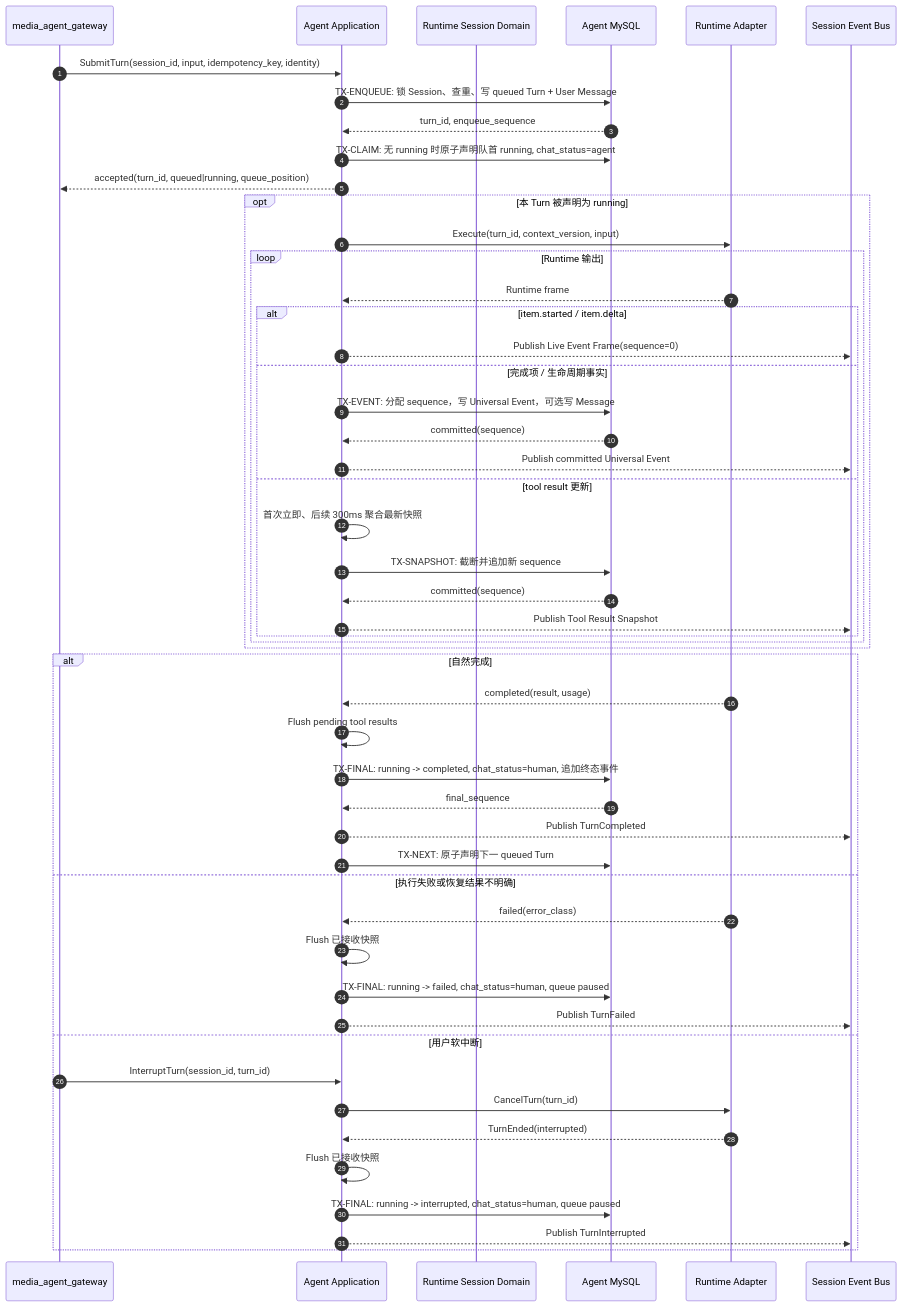
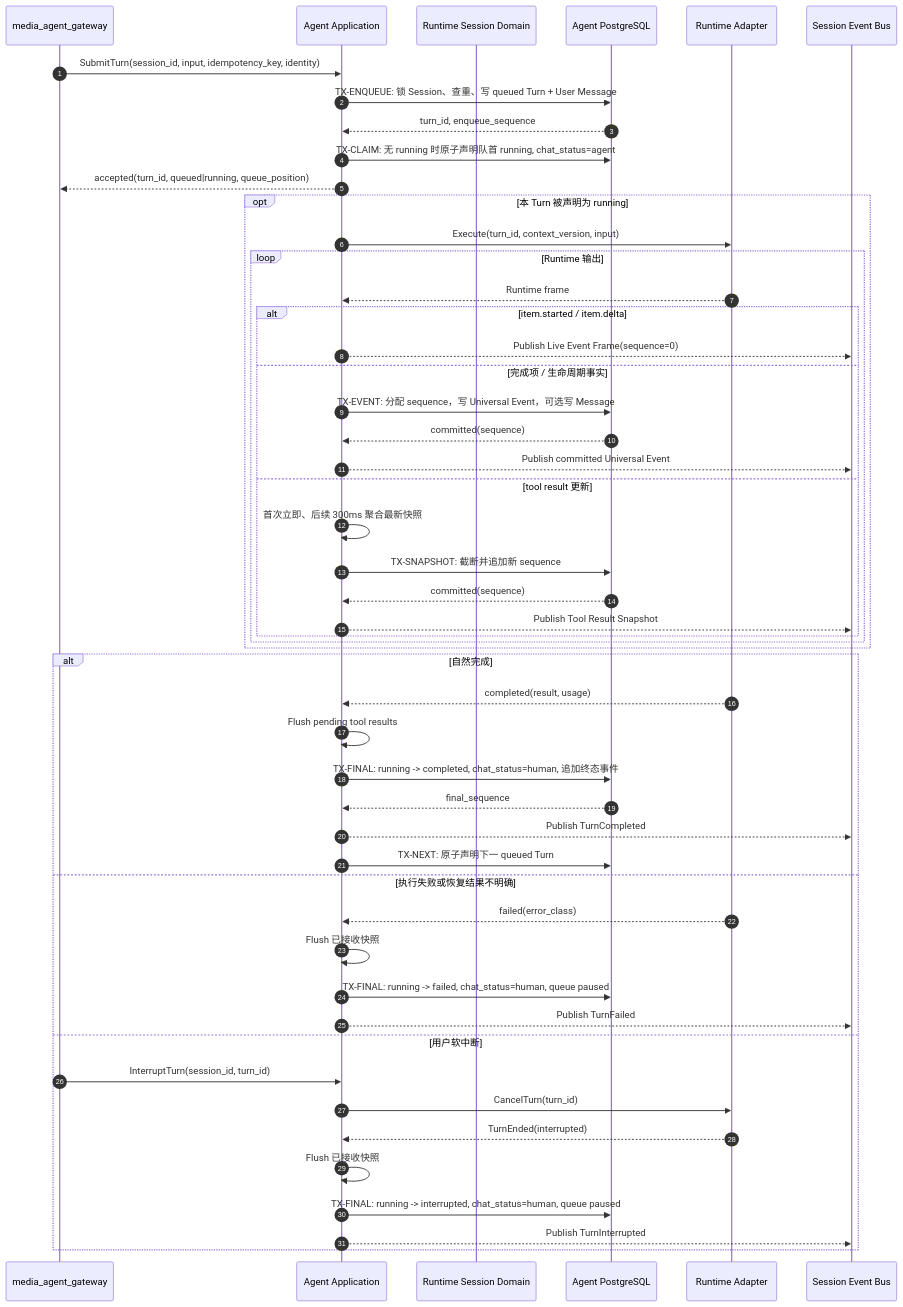
One commit to hotttao/media_agent changed the diagram in docs/ddd/media_agents/workflow/0001-execute_turn/execute_turn.md. Above: the diagram before and after it, drawn with Mermaid. The commit also changed other lines of this file and 70 other files, not shown here.

````diff
--- a/docs/ddd/media_agents/workflow/0001-execute_turn/execute_turn.md
+++ b/docs/ddd/media_agents/workflow/0001-execute_turn/execute_turn.md
@@ -30,56 +30,56 @@
 ```mermaid
 sequenceDiagram
     autonumber
     participant G as media_agent_gateway
     participant A as Agent Application
     participant D as Runtime Session Domain
-    participant DB as Agent MySQL
+    participant DB as Agent PostgreSQL
     participant R as Runtime Adapter
     participant B as Session Event Bus
 
     G->>A: SubmitTurn(session_id, input, idempotency_key, identity)
     A->>DB: TX-ENQUEUE: 锁 Session、查重、写 queued Turn + User Message
     DB-->>A: turn_id, enqueue_sequence
     A->>DB: TX-CLAIM: 无 running 时原子声明队首 running, chat_status=agent
     A-->>G: accepted(turn_id, queued|running, queue_position)
 
     opt 本 Turn 被声明为 running
         A->>R: Execute(turn_id, context_version, input)
         loop Runtime 输出
             R-->>A: Runtime frame
             alt item.started / item.delta
                 A-->>B: Publish Live Event Frame(sequence=0)
             else 完成项 / 生命周期事实
                 A->>DB: TX-EVENT: 分配 sequence，写 Universal Event，可选写 Message
                 DB-->>A: committed(sequence)
                 A-->>B: Publish committed Universal Event
             else tool result 更新
                 A->>A: 首次立即、后续 300ms 聚合最新快照
                 A->>DB: TX-SNAPSHOT: 截断并追加新 sequence
                 DB-->>A: committed(sequence)
                 A-->>B: Publish Tool Result Snapshot
             end
         end
     end
 
     alt 自然完成
         R-->>A: completed(result, usage)
         A->>A: Flush pending tool results
         A->>DB: TX-FINAL: running -> completed, chat_status=human, 追加终态事件
         DB-->>A: final_sequence
         A-->>B: Publish TurnCompleted
         A->>DB: TX-NEXT: 原子声明下一 queued Turn
     else 执行失败或恢复结果不明确
         R-->>A: failed(error_class)
         A->>A: Flush 已接收快照
         A->>DB: TX-FINAL: running -> failed, chat_status=human, queue paused
         A-->>B: Publish TurnFailed
     else 用户软中断
         G->>A: InterruptTurn(session_id, turn_id)
         A->>R: CancelTurn(turn_id)
         R-->>A: TurnEnded(interrupted)
         A->>A: Flush 已接收快照
         A->>DB: TX-FINAL: running -> interrupted, chat_status=human, queue paused
         A-->>B: Publish TurnInterrupted
     end
 ```
````
